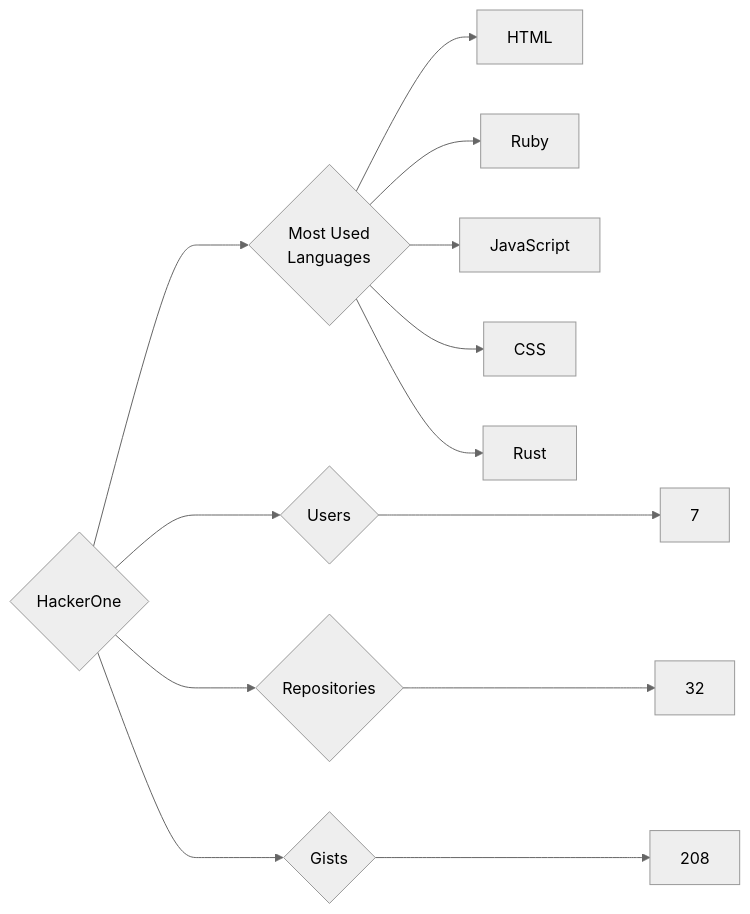
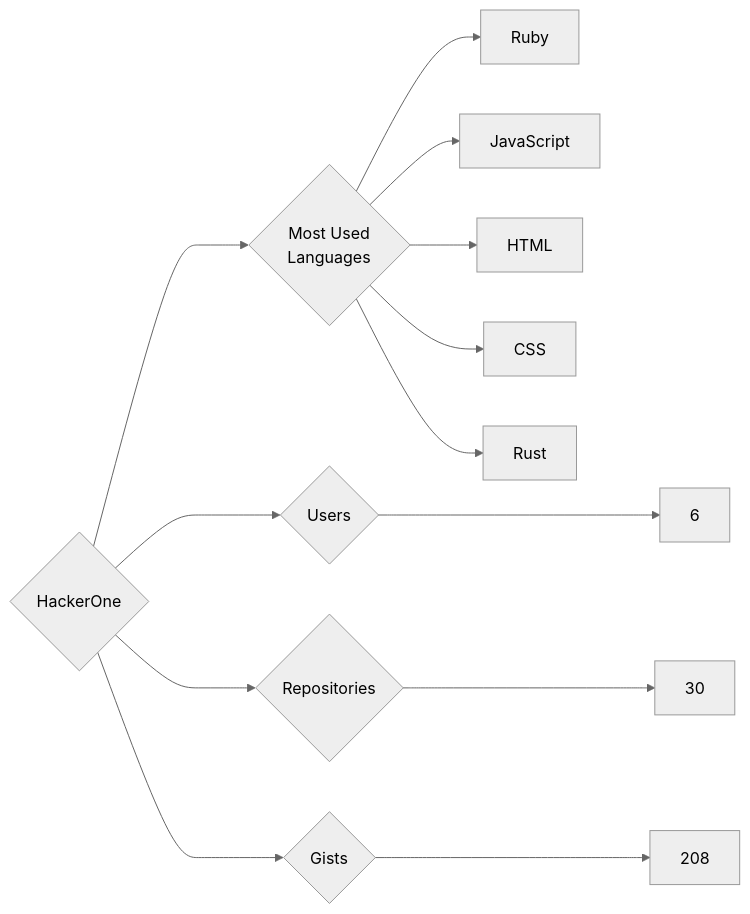
The diagram in targets/HackerOne/README.md (trickest/insiders), drawn with Mermaid (neutral theme) before and after one commit. The commit also changed 1023 other files, not shown here.

````diff
--- a/targets/HackerOne/README.md
+++ b/targets/HackerOne/README.md
@@ -3,13 +3,13 @@
 ```mermaid
 graph LR
 COMPANY_NAME{HackerOne}
-COMPANY_NAME ---> U{Users} ---> UN[7]
-COMPANY_NAME ---> R{Repositories} ---> RN[32]
+COMPANY_NAME ---> U{Users} ---> UN[6]
+COMPANY_NAME ---> R{Repositories} ---> RN[30]
 COMPANY_NAME ---> G{Gists} ---> GN[208]
 COMPANY_NAME ---> ML{Most Used<br>Languages}
-ML --> HTML[HTML]
 ML --> Ruby[Ruby]
 ML --> JavaScript[JavaScript]
+ML --> HTML[HTML]
 ML --> CSS[CSS]
 ML --> Rust[Rust]
 ```
````
